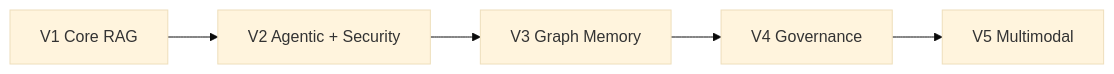
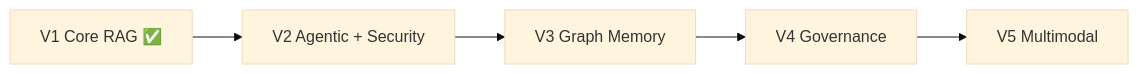
Before and after one commit to HerbertGourout/modular-rag-framework: the diagram in README.md, drawn with Mermaid. The commit also changed other lines of this file, not shown here.

````diff
--- a/README.md
+++ b/README.md
@@ -90,5 +83,5 @@
 ```mermaid
 %%{init: {"theme": "base", "flowchart": {"curve": "basis"}}}%%
 flowchart LR
-    V1[V1 Core RAG] --> V2[V2 Agentic + Security] --> V3[V3 Graph Memory] --> V4[V4 Governance] --> V5[V5 Multimodal]
+    V1[V1 Core RAG ✅] --> V2[V2 Agentic + Security] --> V3[V3 Graph Memory] --> V4[V4 Governance] --> V5[V5 Multimodal]
 ```
````
